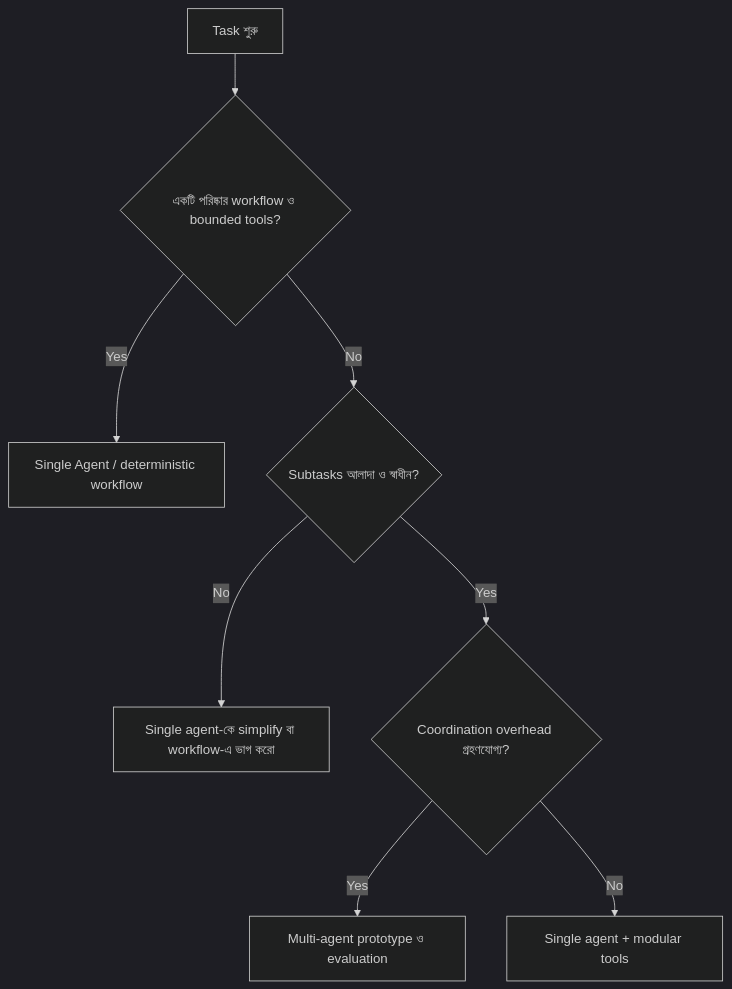
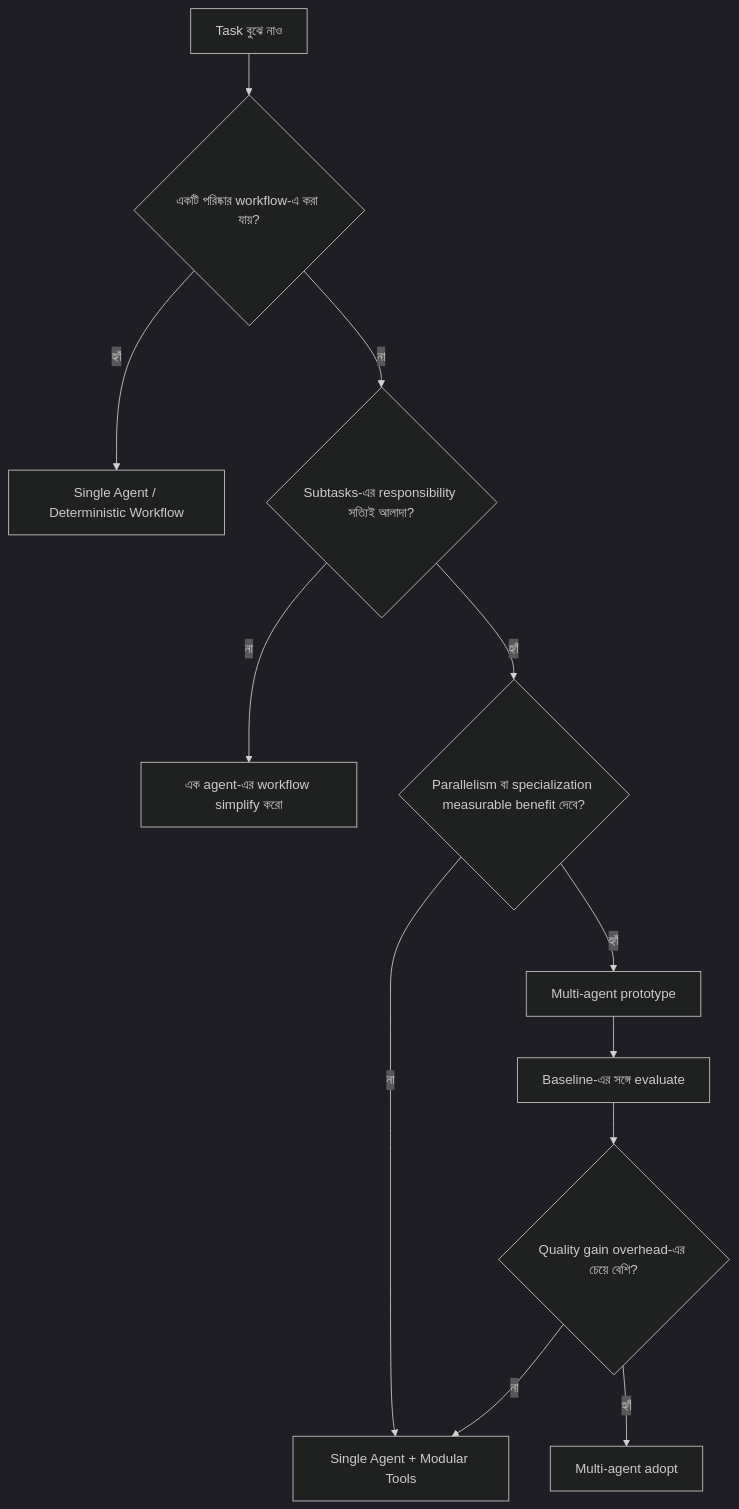
The fifth of 5 diagrams in notes/module-01-from-answering-to-doing/03-single-vs-multi-agent.md (shomi-khan/preparation), drawn with Mermaid (dark theme) before and after one commit. The commit also changed other lines of this file, not shown here.

````diff
--- a/notes/module-01-from-answering-to-doing/03-single-vs-multi-agent.md
+++ b/notes/module-01-from-answering-to-doing/03-single-vs-multi-agent.md
@@ -73,10 +151,14 @@
 ```mermaid
 flowchart TD
-    A[Task শুরু] --> B{একটি পরিষ্কার workflow ও bounded tools?}
-    B -- Yes --> C[Single Agent / deterministic workflow]
-    B -- No --> D{Subtasks আলাদা ও স্বাধীন?}
-    D -- No --> E[Single agent-কে simplify বা workflow-এ ভাগ করো]
-    D -- Yes --> F{Coordination overhead গ্রহণযোগ্য?}
-    F -- Yes --> G[Multi-agent prototype ও evaluation]
-    F -- No --> H[Single agent + modular tools]
+    A[Task বুঝে নাও] --> B{একটি পরিষ্কার workflow-এ করা যায়?}
+    B -->|হ্যাঁ| C[Single Agent / Deterministic Workflow]
+    B -->|না| D{Subtasks-এর responsibility সত্যিই আলাদা?}
+    D -->|না| E[এক agent-এর workflow simplify করো]
+    D -->|হ্যাঁ| F{Parallelism বা specialization measurable benefit দেবে?}
+    F -->|না| G[Single Agent + Modular Tools]
+    F -->|হ্যাঁ| H[Multi-agent prototype]
+    H --> I[Baseline-এর সঙ্গে evaluate]
+    I --> J{Quality gain overhead-এর চেয়ে বেশি?}
+    J -->|না| G
+    J -->|হ্যাঁ| K[Multi-agent adopt]
 ```
````
